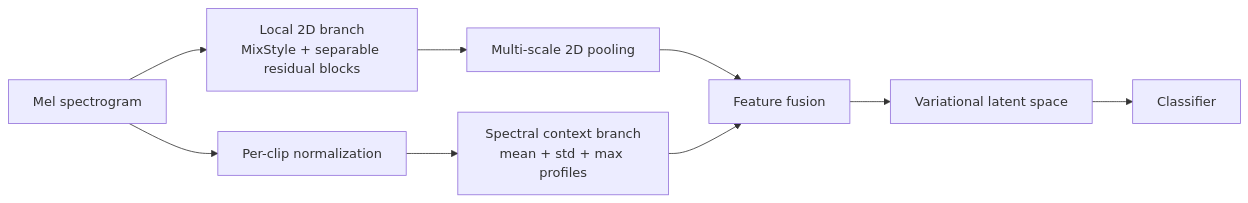
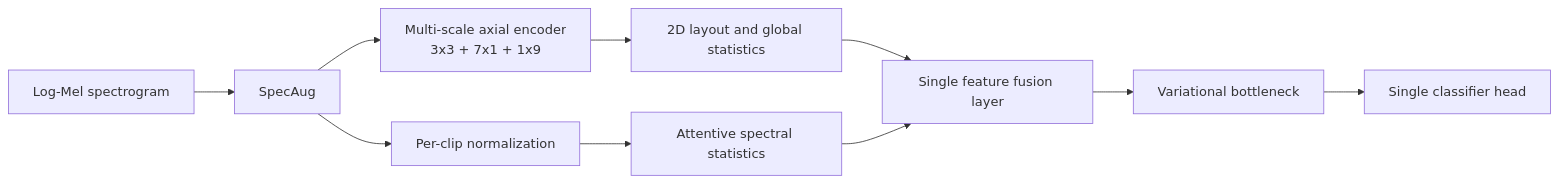
The diagram in README.md (dawn2766/PVSC-Net), drawn with Mermaid before and after one commit. The commit also changed other lines of this file and 22 other files, not shown here.

````diff
--- a/README.md
+++ b/README.md
@@ -80,14 +80,15 @@
 ```mermaid
 flowchart LR
-  accTitle: DVSCNet Dual Branch Architecture
-  accDescr: A spectrogram is processed by a local two-dimensional texture branch and a spectral context branch, then fused in a variational classifier.
+  accTitle: Single-Model DVSCNet Architecture
+  accDescr: One DVSCNet extracts axial time-frequency features and normalized spectral statistics, fuses them before one variational bottleneck, and produces one classification output.
 
-  input["Mel spectrogram"] --> local["Local 2D branch<br/>MixStyle + separable residual blocks"]
-  input --> normalize["Per-clip normalization"]
-  normalize --> context["Spectral context branch<br/>mean + std + max profiles"]
-  local --> pool["Multi-scale 2D pooling"]
-  pool --> fusion["Feature fusion"]
+  input["Log-Mel spectrogram"] --> augment["SpecAug"]
+  augment --> encoder["Multi-scale axial encoder<br/>3x3 + 7x1 + 1x9"]
+  encoder --> layout["2D layout and global statistics"]
+  augment --> normalize["Per-clip normalization"]
+  normalize --> context["Attentive spectral statistics"]
+  layout --> fusion["Single feature fusion layer"]
   context --> fusion
-  fusion --> latent["Variational latent space"]
-  latent --> classifier["Classifier"]
+  fusion --> latent["Variational bottleneck"]
+  latent --> classifier["Single classifier head"]
 ```
````
